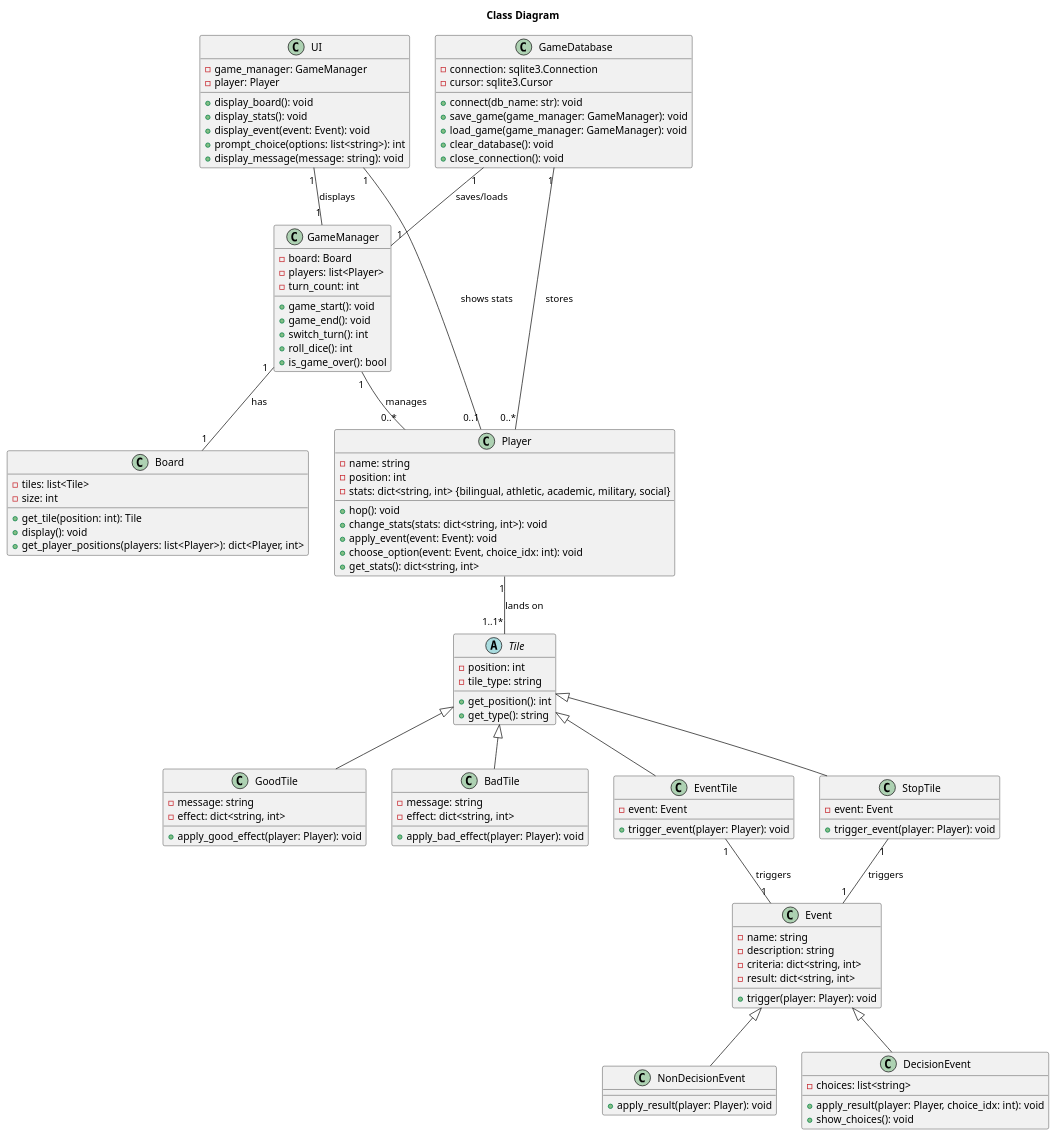
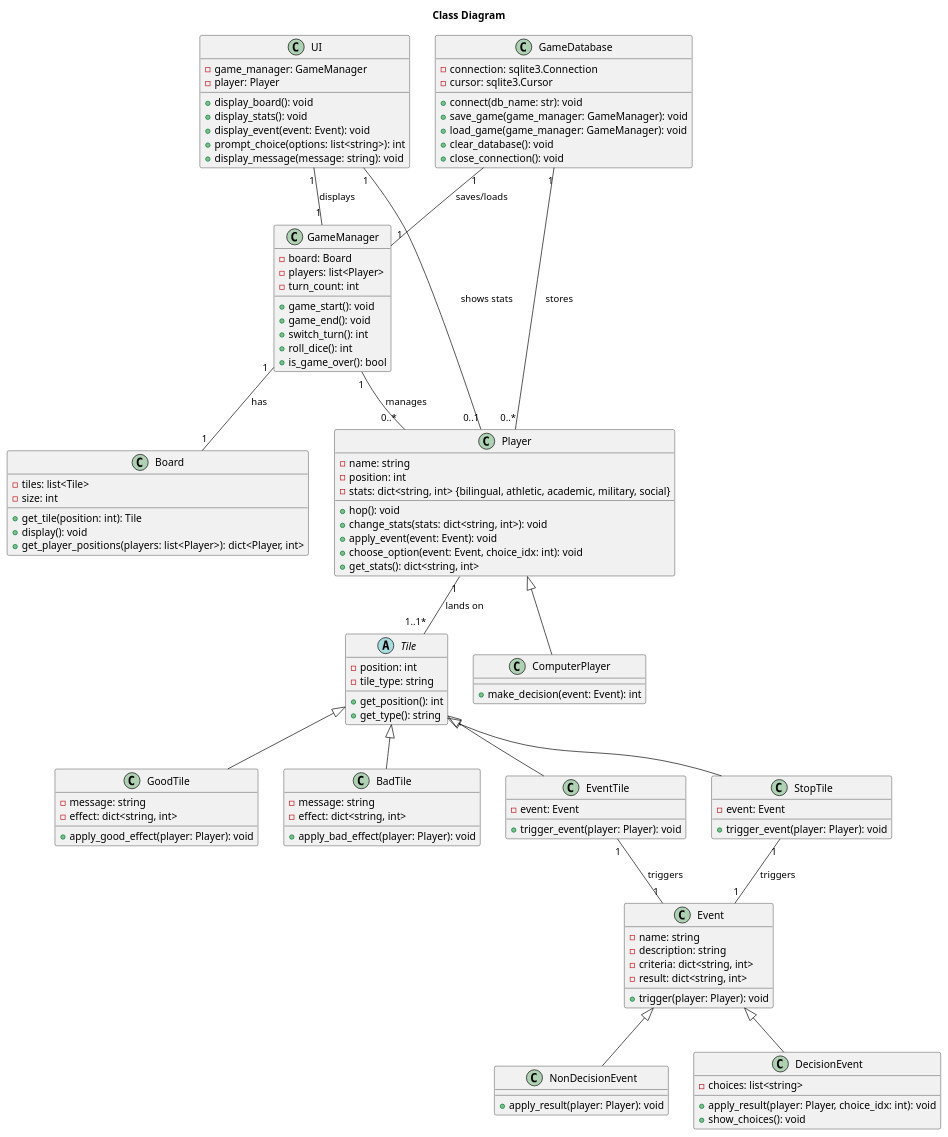
Before and after one commit to CSE-362-2025/BoardGameProject: the diagram in diagrams/class_diagram.puml, drawn with PlantUML. The commit also changed 1 other file, not shown here.

Commit message:
Added Computer Player to the class diagram and skeloton

```diff
--- a/diagrams/class_diagram.puml
+++ b/diagrams/class_diagram.puml
@@ -1,146 +1,152 @@
 @startuml class_diagram
 title "Class Diagram"
 ' skinparam shadowing false
 ' skinparam classAttributeIconSize 0
 
 class GameDatabase {
     
     - connection: sqlite3.Connection
     - cursor: sqlite3.Cursor
 
     + connect(db_name: str): void
     + save_game(game_manager: GameManager): void
     + load_game(game_manager: GameManager): void
     + clear_database(): void
     + close_connection(): void
 
 }
 
 class Board {
 
     - tiles: list<Tile>
     - size: int
 
     + get_tile(position: int): Tile
     + display(): void
     + get_player_positions(players: list<Player>): dict<Player, int>
 }
 
 abstract class Tile {
 
     - position: int
     - tile_type: string
 
     + get_position(): int
     + get_type(): string
 }
 
 class GoodTile {
     - message: string
     - effect: dict<string, int>
 
     + apply_good_effect(player: Player): void
 }
 
 class BadTile {
     - message: string
     - effect: dict<string, int>
 
     + apply_bad_effect(player: Player): void
 }
 
 class EventTile {
     - event: Event
 
     + trigger_event(player: Player): void
 }
 
 class StopTile {
     - event: Event
 
     + trigger_event(player: Player): void
 }
 
 class Player {
 
     - name: string
     - position: int
     - stats: dict<string, int> {bilingual, athletic, academic, military, social}
 
     + hop(): void
     + change_stats(stats: dict<string, int>): void
     + apply_event(event: Event): void
     + choose_option(event: Event, choice_idx: int): void
     + get_stats(): dict<string, int>
 
 }
 
+class ComputerPlayer {
+
+    + make_decision(event: Event): int
+}
+
 class Event {
 
     - name: string
     - description: string
     - criteria: dict<string, int>
     - result: dict<string, int>
 
     + trigger(player: Player): void
 }
 
 class NonDecisionEvent {
 
     + apply_result(player: Player): void
 }
 
 class DecisionEvent {
     - choices: list<string>
 
     + apply_result(player: Player, choice_idx: int): void
     + show_choices(): void
 }
 
 
 class GameManager {
 
     - board: Board
     - players: list<Player>
     - turn_count: int
 
     + game_start(): void
     + game_end(): void
     + switch_turn(): int
     + roll_dice(): int
     + is_game_over(): bool
 }
 
 class UI {
 
     - game_manager: GameManager
     - player: Player
 
     + display_board(): void
     + display_stats(): void
     + display_event(event: Event): void
     + prompt_choice(options: list<string>): int
     + display_message(message: string): void
 }
 
 
 ' Relationships
 
 Player "1" -- "1..1*" Tile : "lands on"
 GameDatabase "1" -- "0..*" Player : "stores"
 GameDatabase "1" -- "1" GameManager : "saves/loads"
 GameManager "1" -- "0..*" Player : "manages"
 GameManager "1" -- "1" Board : "has"
 UI "1" -- "1" GameManager : "displays"
 UI "1" -- "0..1" Player : "shows stats"
 EventTile "1" -- "1" Event : "triggers"
 StopTile "1" -- "1" Event : "triggers"
 Tile <|-- GoodTile
 Tile <|-- BadTile
 Tile <|-- EventTile
 Tile <|-- StopTile
 Event <|-- NonDecisionEvent
 Event <|-- DecisionEvent
+Player <|-- ComputerPlayer
 
 
 @enduml
```
